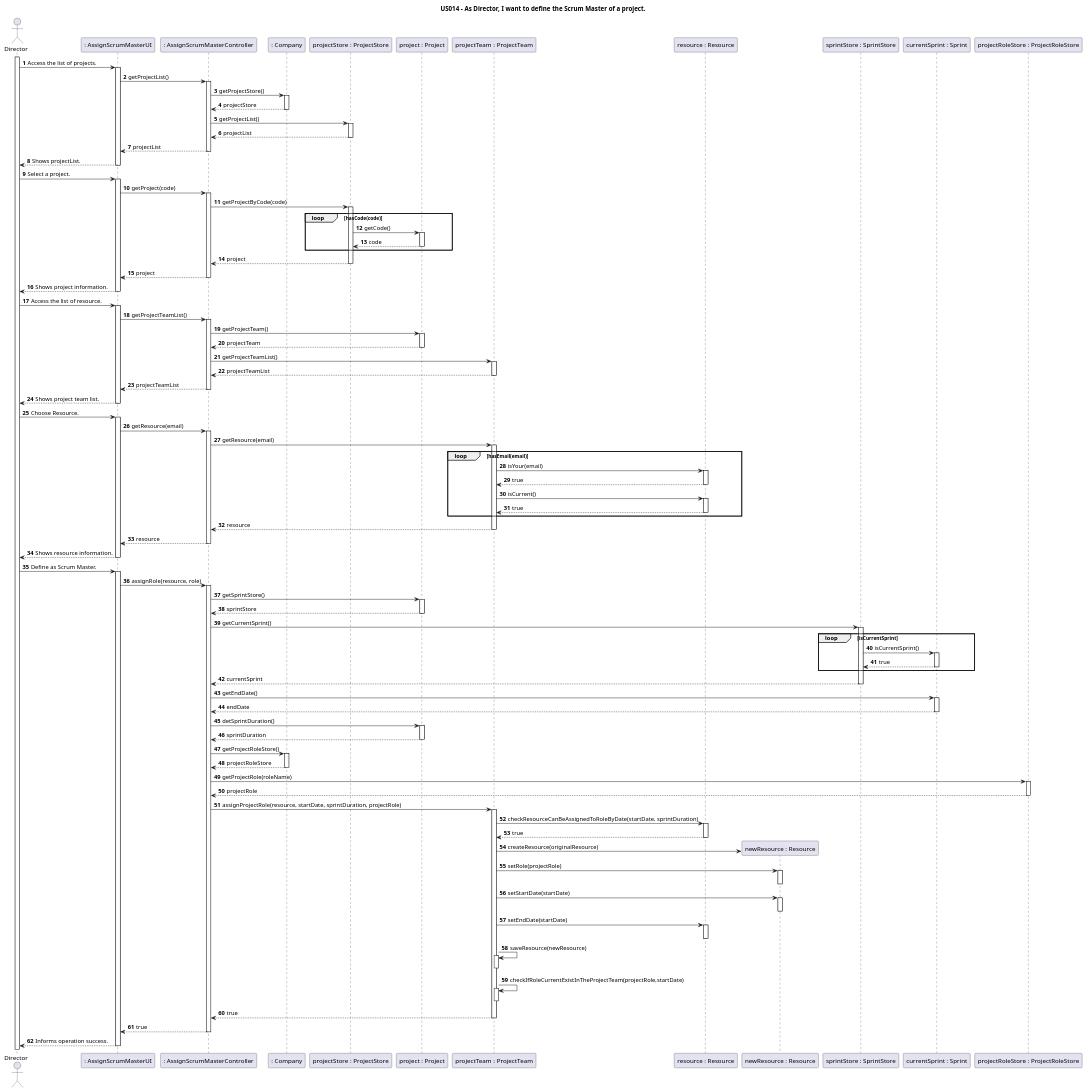
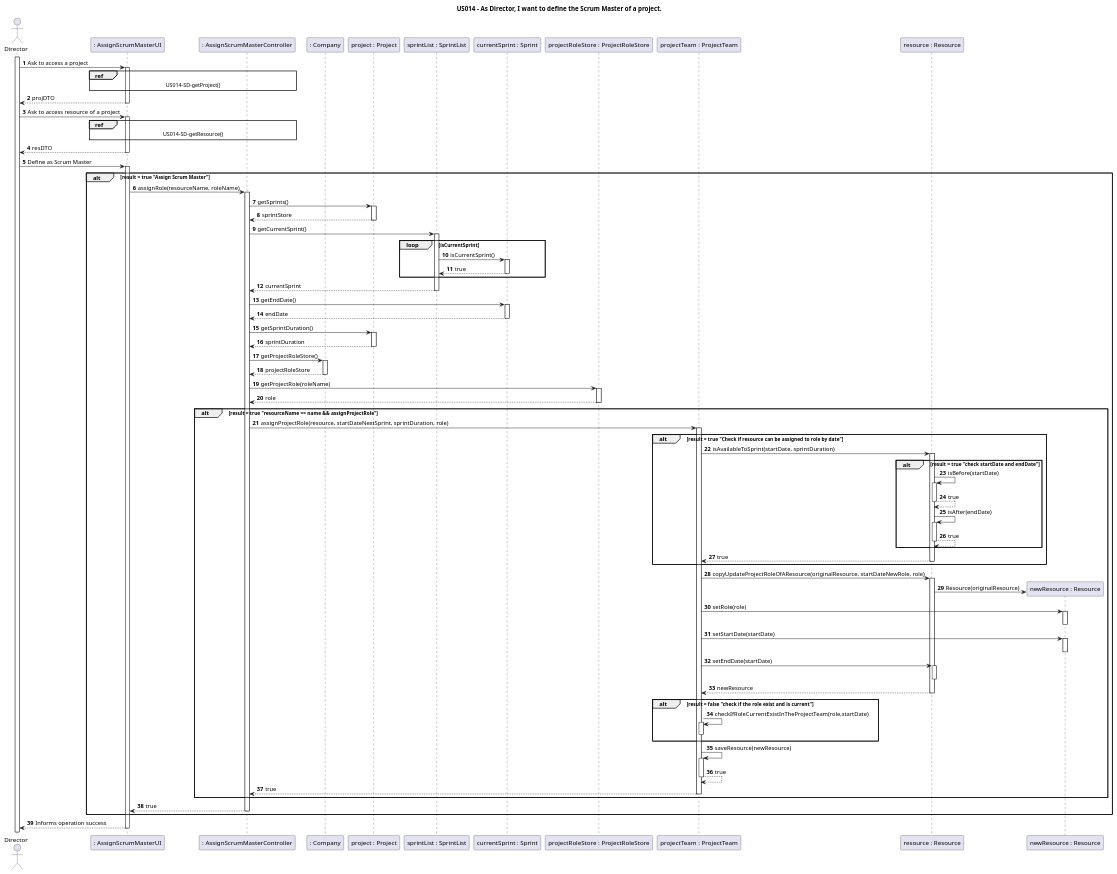
One commit to nunogon1211787/projectManagement changed the diagram in docs/Sprint2/US014/US014-SD.puml. Above: the diagram before and after it, drawn with PlantUML. The commit also changed 25 other files, not shown here.

```diff
--- a/docs/Sprint2/US014/US014-SD.puml
+++ b/docs/Sprint2/US014/US014-SD.puml
@@ -1,101 +1,82 @@
 @startuml
 
 title "US014 - As Director, I want to define the Scrum Master of a project."
 
 autoactivate on
 autonumber
 
-actor "Director" as User
-participant ": AssignScrumMasterUI" as System
-participant ": AssignScrumMasterController" as Ctrl
-participant ": Company" as C1
-participant "projectStore : ProjectStore" as C2
-participant "project : Project" as C3
-participant "projectTeam : ProjectTeam" as C4
-participant "resource : Resource" as C5
-participant "newResource : Resource" as C6
-participant "sprintStore : SprintStore" as C7
-participant "currentSprint : Sprint" as C8
-participant "projectRoleStore : ProjectRoleStore" as C9
+actor "Director" as Director
+participant ": AssignScrumMasterUI" as UI
+participant ": AssignScrumMasterController" as Controller
+participant ": Company" as Company
+participant "project : Project" as Project
+participant "sprintList : SprintList" as SprintList
+participant "currentSprint : Sprint" as Sprint
+participant "projectRoleStore : ProjectRoleStore" as ProjectRoleStore
+participant "projectTeam : ProjectTeam" as ProjectTeam
+participant "resource : Resource" as OriginalResource
+participant "newResource : Resource" as newResource
 
-activate User
+activate Director
 
-User -> System: Access the list of projects.
-System -> Ctrl: getProjectList()
-Ctrl -> C1: getProjectStore()
-return projectStore
-Ctrl -> C2: getProjectList()
-return projectList
-return projectList
-return Shows projectList.
+Director -> UI: Ask to access a project
+    ref over UI, Controller : US014-SD-getProject()
+UI --> Director: projDTO
 
-User -> System: Select a project.
-System -> Ctrl: getProject(code)
-Ctrl -> C2: getProjectByCode(code)
-    loop hasCode(code)
-        C2 -> C3: getCode()
-        return code
-    end
-return project
-return project
-return Shows project information.
+Director -> UI: Ask to access resource of a project
+    ref over UI, Controller : US014-SD-getResource()
+return resDTO
 
-User -> System: Access the list of resource.
-System -> Ctrl: getProjectTeamList()
-Ctrl -> C3: getProjectTeam()
-return projectTeam
-Ctrl -> C4: getProjectTeamList()
-return projectTeamList
-return projectTeamList
-return Shows project team list.
-
-User -> System: Choose Resource.
-System -> Ctrl: getResource(email)
-Ctrl -> C4: getResource(email)
-    loop hasEmail(email)
-        C4 -> C5: isYour(email)
+Director -> UI: Define as Scrum Master
+alt result = true "Assign Scrum Master"
+    UI -> Controller: assignRole(resourceName, roleName)
+    Controller -> Project: getSprints()
+    return sprintStore
+    Controller -> SprintList: getCurrentSprint()
+        loop isCurrentSprint
+            SprintList -> Sprint: isCurrentSprint()
+            return true
+        end
+    return currentSprint
+    Controller -> Sprint: getEndDate()
+    return endDate
+    Controller -> Project: getSprintDuration()
+    return sprintDuration
+    Controller -> Company: getProjectRoleStore()
+    return projectRoleStore
+    Controller -> ProjectRoleStore: getProjectRole(roleName)
+    return role
+        alt result = true "resourceName == name && assignProjectRole"
+            Controller -> ProjectTeam: assignProjectRole(resource, startDateNextSprint, sprintDuration, role)
+            alt result = true "Check if resource can be assigned to role by date"
+            ProjectTeam -> OriginalResource: isAvailableToSprint(startDate, sprintDuration)
+                alt result = true "check startDate and endDate"
+                OriginalResource -> OriginalResource: isBefore(startDate)
+                return true
+                OriginalResource -> OriginalResource: isAfter(endDate)
+                return true
+                end
+            return true
+            end
+            ProjectTeam -> OriginalResource: copyUpdateProjectRoleOfAResource(originalResource, startDateNewRole, role)
+            OriginalResource -> newResource**: Resource(originalResource)
+                ProjectTeam -> newResource: setRole(role)
+                deactivate
+                ProjectTeam -> newResource: setStartDate(startDate)
+                deactivate
+                ProjectTeam -> OriginalResource: setEndDate(startDate)
+                deactivate
+            return newResource
+            alt result = false "check if the role exist and is current"
+                    ProjectTeam -> ProjectTeam: checkIfRoleCurrentExistInTheProjectTeam(role,startDate)
+                    deactivate
+            end
+                    ProjectTeam -> ProjectTeam: saveResource(newResource)
+                    return true
         return true
-        C4 -> C5: isCurrent()
-        return true
-    end
-return resource
-return resource
-return Shows resource information.
-
-User -> System: Define as Scrum Master.
-System -> Ctrl: assignRole(resource, role)
-Ctrl -> C3: getSprintStore()
-return sprintStore
-Ctrl -> C7: getCurrentSprint()
-    loop isCurrentSprint
-        C7 -> C8: isCurrentSprint()
-        return true
-    end
-return currentSprint
-Ctrl -> C8: getEndDate()
-return endDate
-Ctrl -> C3: detSprintDuration()
-return sprintDuration
-Ctrl -> C1: getProjectRoleStore()
-return projectRoleStore
-Ctrl -> C9: getProjectRole(roleName)
-return projectRole
-Ctrl -> C4: assignProjectRole(resource, startDate, sprintDuration, projectRole)
-C4 -> C5: checkResourceCanBeAssignedToRoleByDate(startDate, sprintDuration)
-return true
-C4 -> C6 **: createResource(originalResource)
-C4 -> C6: setRole(projectRole)
-deactivate
-C4 -> C6: setStartDate(startDate)
-deactivate
-C4 -> C5: setEndDate(startDate)
-deactivate
-    C4 -> C4: saveResource(newResource)
-    deactivate
-    C4 -> C4: checkIfRoleCurrentExistInTheProjectTeam(projectRole,startDate)
-    deactivate
-return true
-return true
-return Informs operation success.
+        end
+    return true
+end
+return Informs operation success
 
 @enduml
```
